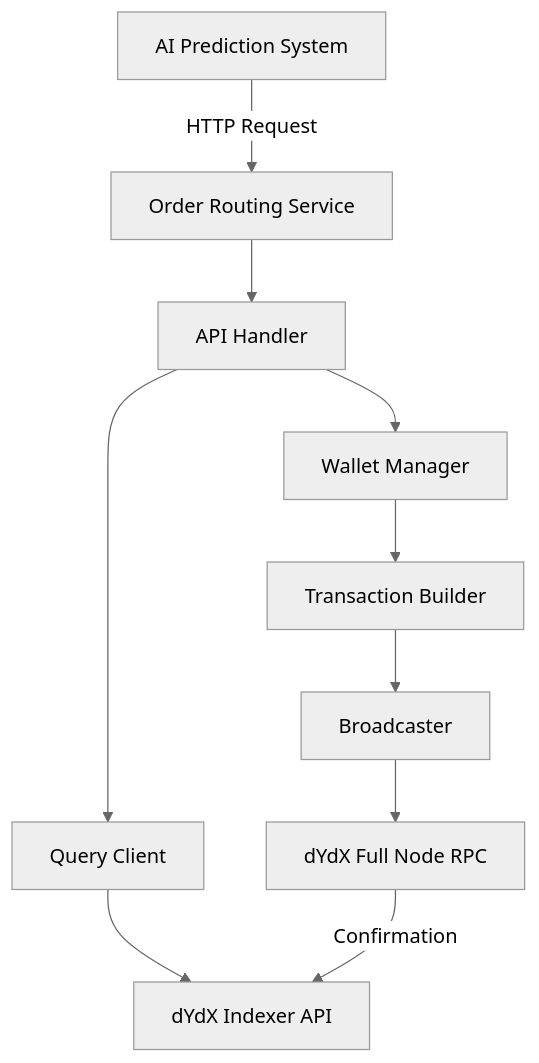
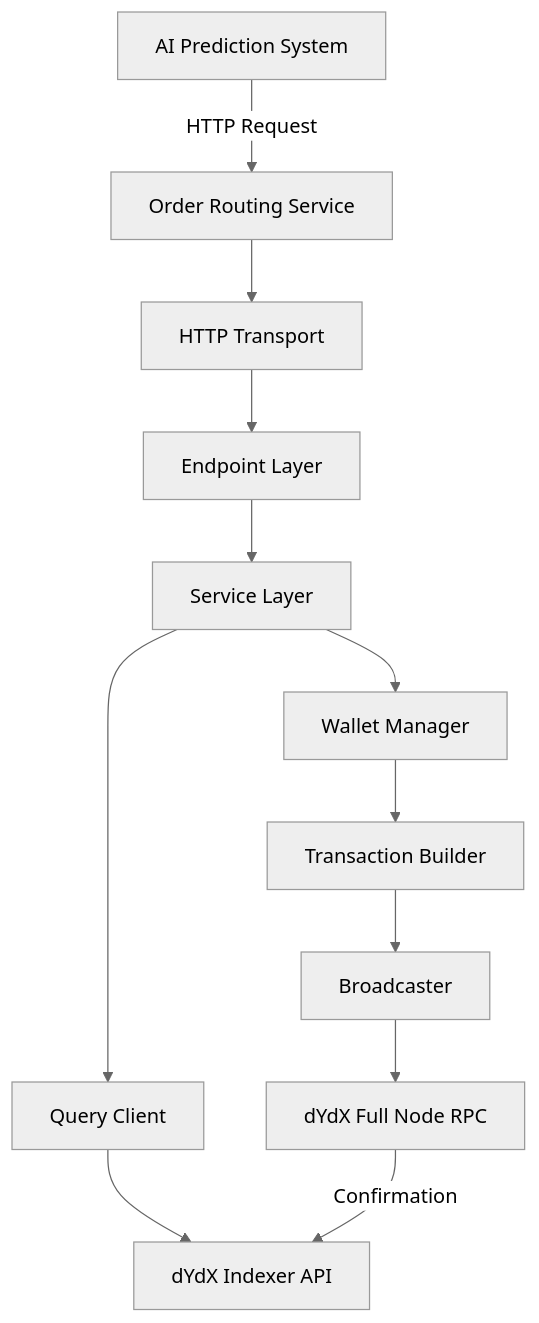
One commit to Ruscigno/CryptoPulse changed the first of 2 diagrams in docs/rfc_order_routing_service_for_dYdX.md. Above: the diagram before and after it, drawn with Mermaid (neutral theme). The commit also changed other lines of this file and 53 other files, not shown here.

````diff
--- a/docs/rfc_order_routing_service_for_dYdX.md
+++ b/docs/rfc_order_routing_service_for_dYdX.md
@@ -65,12 +139,14 @@
 ```mermaid
 graph TD
     A[AI Prediction System] -->|HTTP Request| B[Order Routing Service]
-    B --> C[API Handler]
-    C --> D[Wallet Manager]
-    D --> E[Transaction Builder]
-    E --> F[Broadcaster]
-    F --> G[dYdX Full Node RPC]
-    C --> H[Query Client]
-    H --> I[dYdX Indexer API]
-    G -->|Confirmation| I
+    B --> C[HTTP Transport]
+    C --> D[Endpoint Layer]
+    D --> E[Service Layer]
+    E --> F[Wallet Manager]
+    F --> G[Transaction Builder]
+    G --> H[Broadcaster]
+    H --> I[dYdX Full Node RPC]
+    E --> J[Query Client]
+    J --> K[dYdX Indexer API]
+    I -->|Confirmation| K
 ```
````
